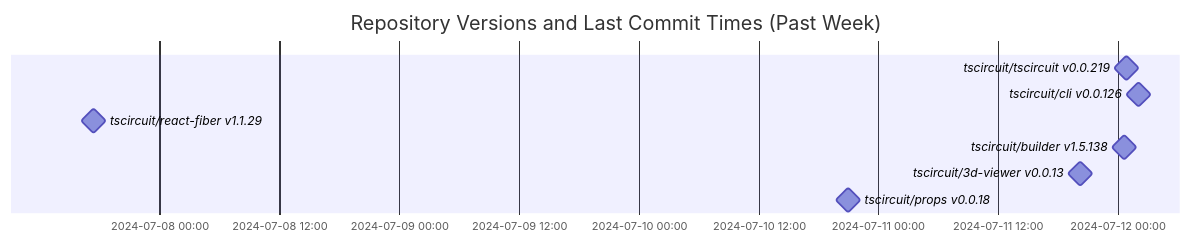
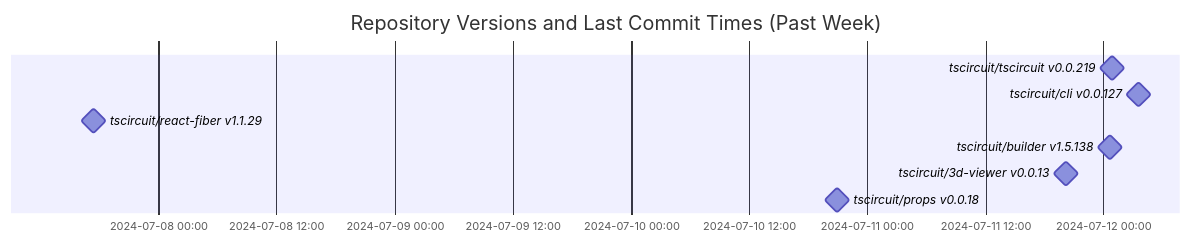
The diagram in README.md (tscircuit/version-tracker), drawn with Mermaid before and after one commit.

Commit message:
Update chart

````diff
--- a/README.md
+++ b/README.md
@@ -1,13 +1,13 @@
 ```mermaid
 gantt
   dateFormat  YYYY-MM-DD HH:mm:ss
   title Repository Versions and Last Commit Times (Past Week)
   axisFormat %Y-%m-%d %H:%M
 
   tscircuit/tscircuit v0.0.219 : milestone, 2024-07-12 00:54:13, 1s
-  tscircuit/cli v0.0.126 : milestone, 2024-07-12 02:04:02, 1s
+  tscircuit/cli v0.0.127 : milestone, 2024-07-12 03:35:07, 1s
   tscircuit/react-fiber v1.1.29 : milestone, 2024-07-07 17:23:26, 1s
   tscircuit/builder v1.5.138 : milestone, 2024-07-12 00:40:23, 1s
   tscircuit/3d-viewer v0.0.13 : milestone, 2024-07-11 20:12:35, 1s
   tscircuit/props v0.0.18 : milestone, 2024-07-10 20:59:29, 1s
 ```
````
